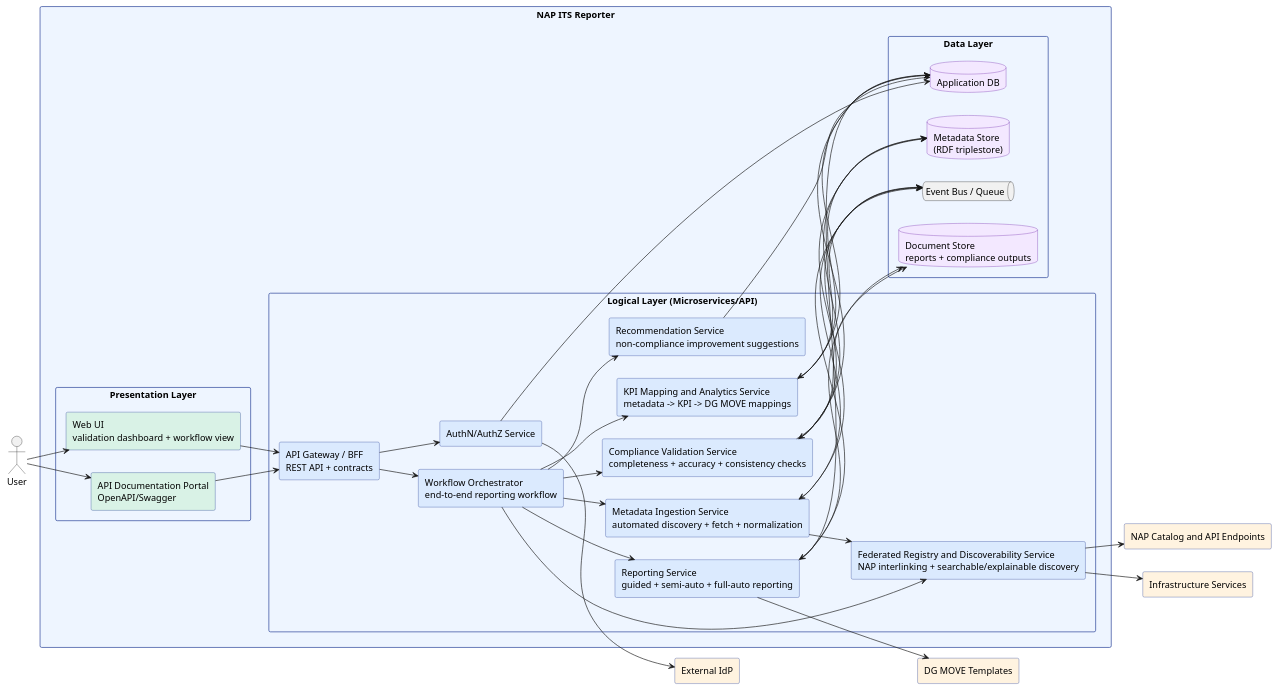
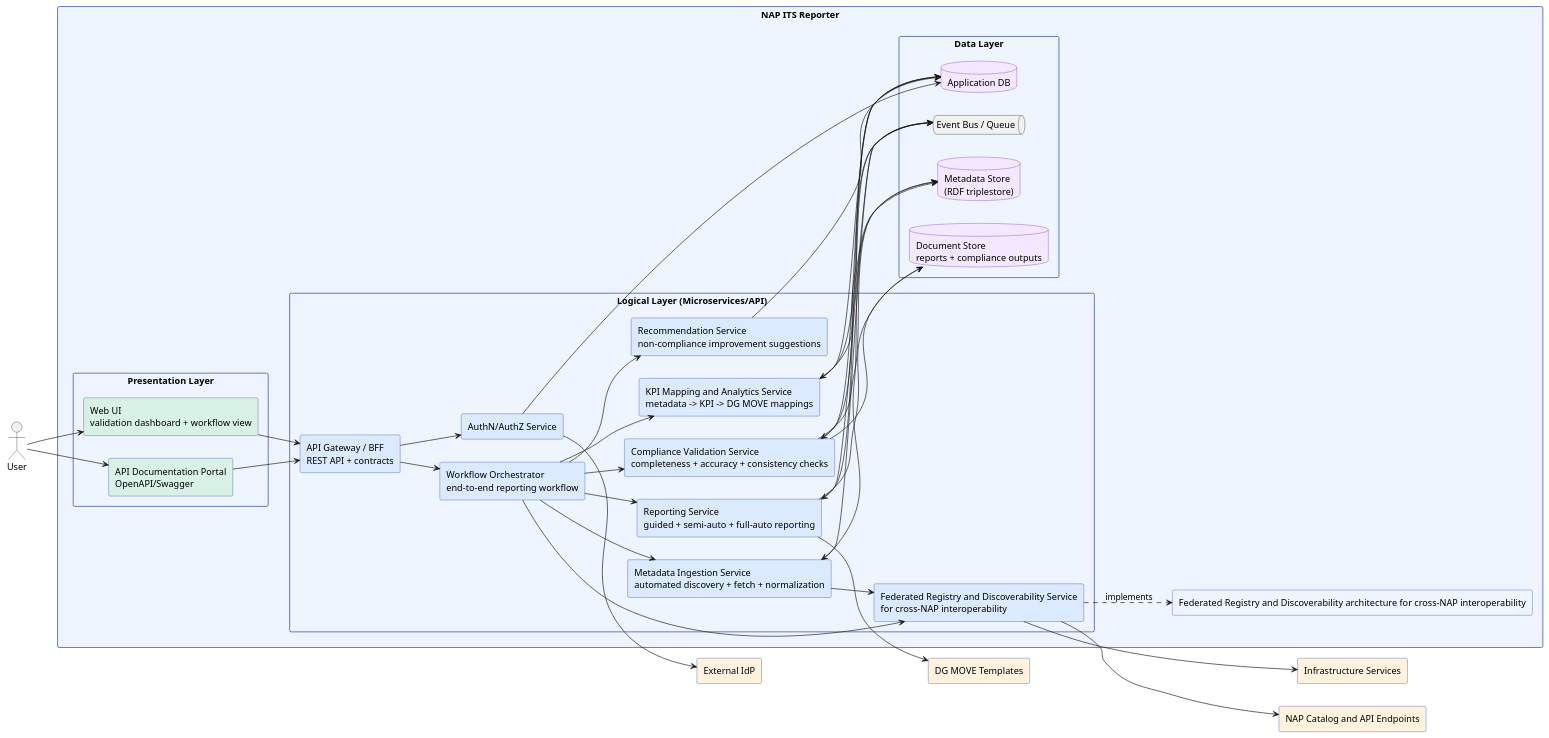
Before and after one commit to UM-KGPI/Napcore-ITS-Reporting: the diagram in docs/architecture/puml/container.puml, drawn with PlantUML. The commit also changed 6 other files, not shown here.

Commit message:
Standardize Federated Registry and Discoverability term across C4 and API docs

```diff
--- a/docs/architecture/puml/container.puml
+++ b/docs/architecture/puml/container.puml
@@ -1,85 +1,88 @@
 @startuml
 ' Container Diagram (Level 2)
 skinparam shadowing false
 skinparam componentStyle rectangle
 skinparam packageStyle rectangle
 left to right direction
 
 skinparam rectangle {
   BackgroundColor #eef5ff
   BorderColor #1f3a93
 }
 skinparam database {
   BackgroundColor #f3e8ff
   BorderColor #6b21a8
 }
 
 actor "User" as USER
 
 package "NAP ITS Reporter" {
+  rectangle "Federated Registry and Discoverability architecture for cross-NAP interoperability" as PATTERN #eef5ff
+
   package "Presentation Layer" {
     rectangle "Web UI\nvalidation dashboard + workflow view" as UI #d9f2e6
     rectangle "API Documentation Portal\nOpenAPI/Swagger" as APIDOC #d9f2e6
   }
 
   package "Logical Layer (Microservices/API)" {
     rectangle "API Gateway / BFF\nREST API + contracts" as BFF #dbeafe
     rectangle "Metadata Ingestion Service\nautomated discovery + fetch + normalization" as ING #dbeafe
-    rectangle "Federated Registry and Discoverability Service\nNAP interlinking + searchable/explainable discovery" as REGDISC #dbeafe
+    rectangle "Federated Registry and Discoverability Service\nfor cross-NAP interoperability" as REGDISC #dbeafe
     rectangle "Compliance Validation Service\ncompleteness + accuracy + consistency checks" as VAL #dbeafe
     rectangle "KPI Mapping and Analytics Service\nmetadata -> KPI -> DG MOVE mappings" as KPI #dbeafe
     rectangle "Reporting Service\nguided + semi-auto + full-auto reporting" as REP #dbeafe
     rectangle "Recommendation Service\nnon-compliance improvement suggestions" as REC #dbeafe
     rectangle "Workflow Orchestrator\nend-to-end reporting workflow" as WF #dbeafe
     rectangle "AuthN/AuthZ Service" as IAM #dbeafe
   }
 
   package "Data Layer" {
     database "Metadata Store\n(RDF triplestore)" as META
     database "Application DB" as APPDB
     database "Document Store\nreports + compliance outputs" as DOCS
     queue "Event Bus / Queue" as MQ
   }
 }
 
 rectangle "NAP Catalog and API Endpoints" as NAP #fff3e0
 rectangle "Infrastructure Services" as INFRA #fff3e0
 rectangle "DG MOVE Templates" as DGT #fff3e0
 rectangle "External IdP" as IDP #fff3e0
 
 USER --> UI
 UI --> BFF
 USER --> APIDOC
 APIDOC --> BFF
 BFF --> IAM
 BFF --> WF
 
 WF --> ING
 WF --> REGDISC
 WF --> VAL
 WF --> KPI
 WF --> REP
 WF --> REC
 
 ING --> REGDISC
+REGDISC ..> PATTERN : implements
 REGDISC --> NAP
 REGDISC --> INFRA
 ING --> META
 VAL --> META
 VAL --> APPDB
 VAL --> DOCS
 KPI --> META
 KPI --> APPDB
 REP --> DGT
 REP --> DOCS
 REP --> APPDB
 REC --> APPDB
 
 ING <--> MQ
 VAL <--> MQ
 KPI <--> MQ
 REP <--> MQ
 
 IAM --> IDP
 IAM --> APPDB
 @enduml
```
